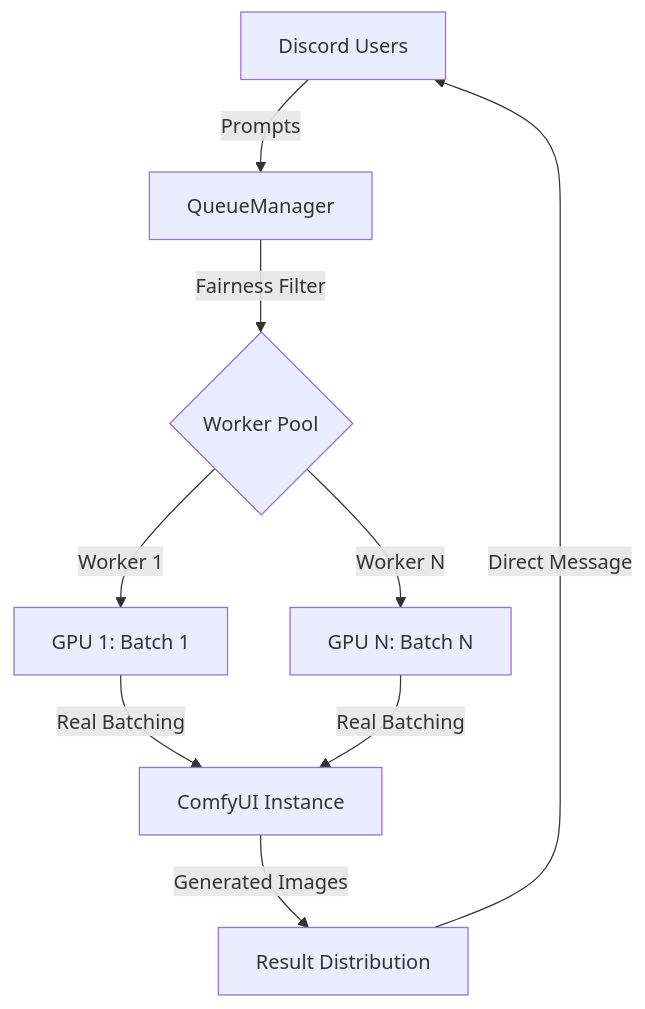
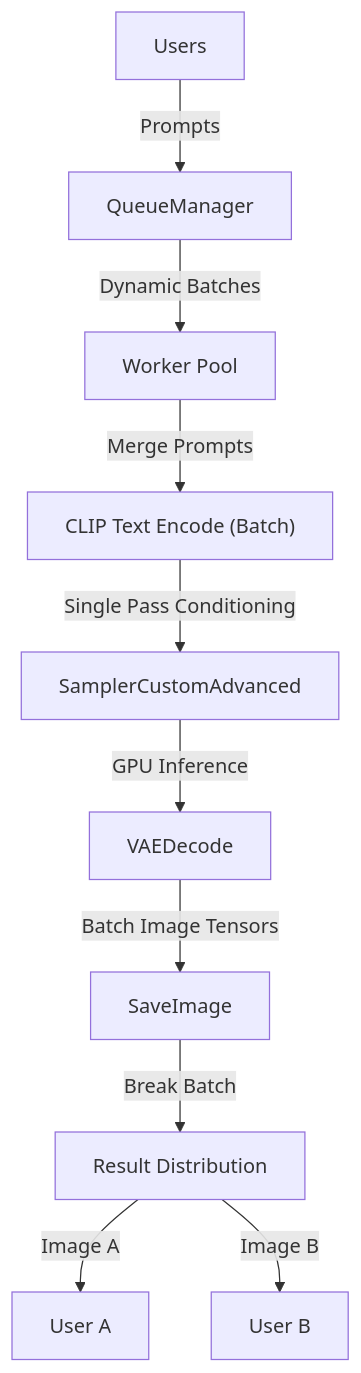
The diagram in README.md (fulletLab/FuLLet-AI-Bot), drawn with Mermaid before and after one commit. The commit also changed other lines of this file and 2 other files, not shown here.

````diff
--- a/README.md
+++ b/README.md
@@ -24,11 +29,12 @@
 ```mermaid
 graph TD
-    A[Discord Users] -->|Prompts| B[QueueManager]
-    B -->|Fairness Filter| C{Worker Pool}
-    C -->|Worker 1| D[GPU 1: Batch 1]
-    C -->|Worker N| E[GPU N: Batch N]
-    D -->|Real Batching| F[ComfyUI Instance]
-    E -->|Real Batching| F
-    F -->|Generated Images| G[Result Distribution]
-    G -->|Direct Message| A
+    U[Users] -->|Prompts| QM[QueueManager]
+    QM -->|Dynamic Batches| W[Worker Pool]
+    W -->|Merge Prompts| CTE["CLIP Text Encode (Batch)"]
+    CTE -->|Single Pass Conditioning| KSA[SamplerCustomAdvanced]
+    KSA -->|GPU Inference| VAE[VAEDecode]
+    VAE -->|Batch Image Tensors| SI[SaveImage]
+    SI -->|Break Batch| RD[Result Distribution]
+    RD -->|Image A| UA[User A]
+    RD -->|Image B| UB[User B]
 ```
````
